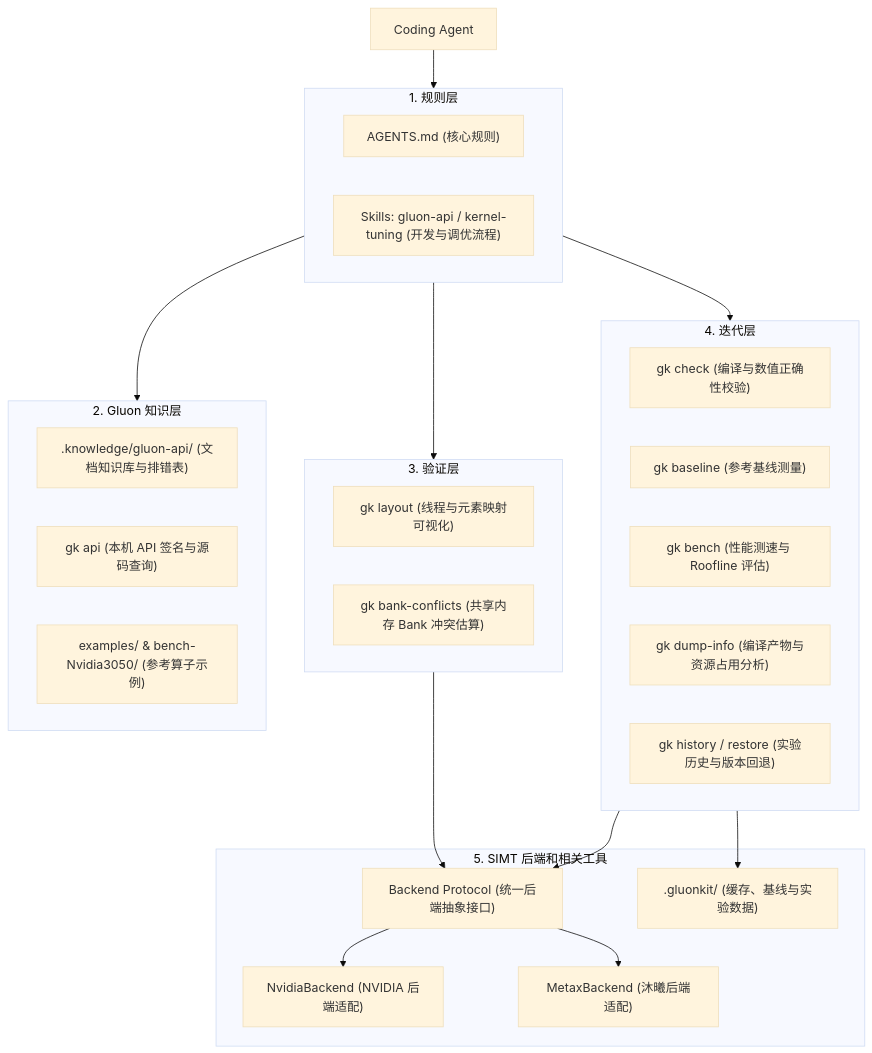
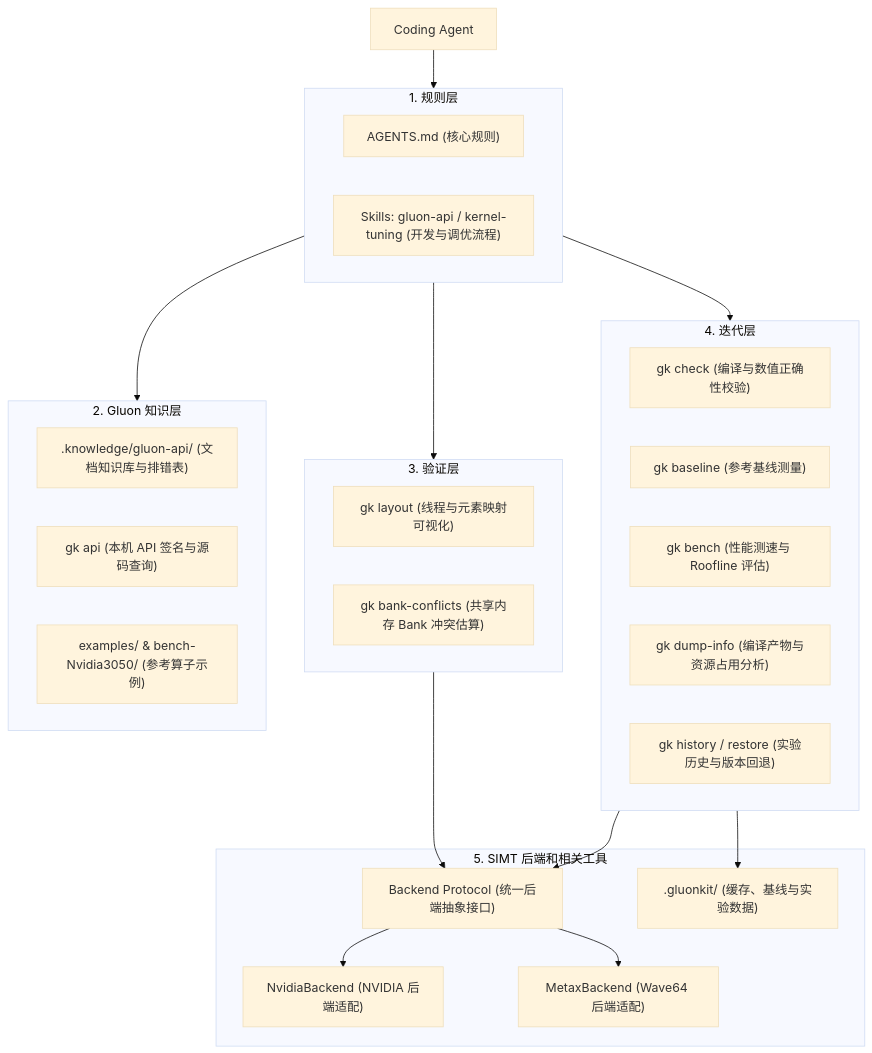
The first of 2 diagrams in Designbrief.md (LearnerJhz/gluonKit), drawn with Mermaid (base theme) before and after one commit. The commit also changed other lines of this file and 6 other files, not shown here.

````diff
--- a/Designbrief.md
+++ b/Designbrief.md
@@ -13,45 +13,45 @@
 ```mermaid
 flowchart TD
     Agent["Coding Agent"]
 
     subgraph Layer1["1. 规则层"]
         Guides["AGENTS.md (核心规则)"]
         Skills["Skills: gluon-api / kernel-tuning (开发与调优流程)"]
     end
 
     subgraph Layer2["2. Gluon 知识层"]
         KB[".knowledge/gluon-api/ (文档知识库与排错表)"]
         API["gk api (本机 API 签名与源码查询)"]
         Refs["examples/ & bench-Nvidia3050/ (参考算子示例)"]
     end
 
     subgraph Layer3["3. 验证层"]
         Layout["gk layout (线程与元素映射可视化)"]
         Bank["gk bank-conflicts (共享内存 Bank 冲突估算)"]
     end
 
     subgraph Layer4["4. 迭代层"]
         Check["gk check (编译与数值正确性校验)"]
         Base["gk baseline (参考基线测量)"]
         Bench["gk bench (性能测速与 Roofline 评估)"]
         Dump["gk dump-info (编译产物与资源占用分析)"]
         Hist["gk history / restore (实验历史与版本回退)"]
     end
 
     subgraph Layer5["5. SIMT 后端和相关工具"]
         Proto["Backend Protocol (统一后端抽象接口)"]
         NV["NvidiaBackend (NVIDIA 后端适配)"]
-        MX["MetaxBackend (沐曦后端适配)"]
+        MX["MetaxBackend (Wave64 后端适配)"]
         Store[".gluonkit/ (缓存、基线与实验数据)"]
     end
 
     Agent --> Layer1
     Layer1 --> Layer2
     Layer1 --> Layer3
     Layer1 --> Layer4
     Layer4 --> Proto
     Layer3 --> Proto
     Proto --> NV
     Proto --> MX
     Layer4 --> Store
 ```
````
